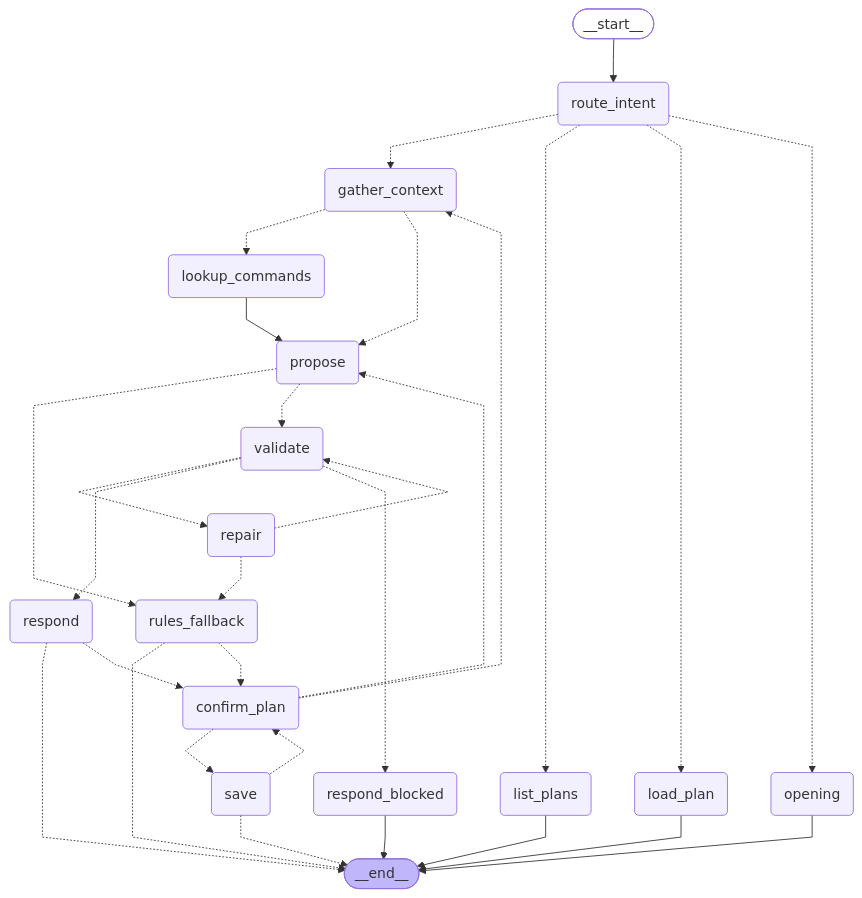
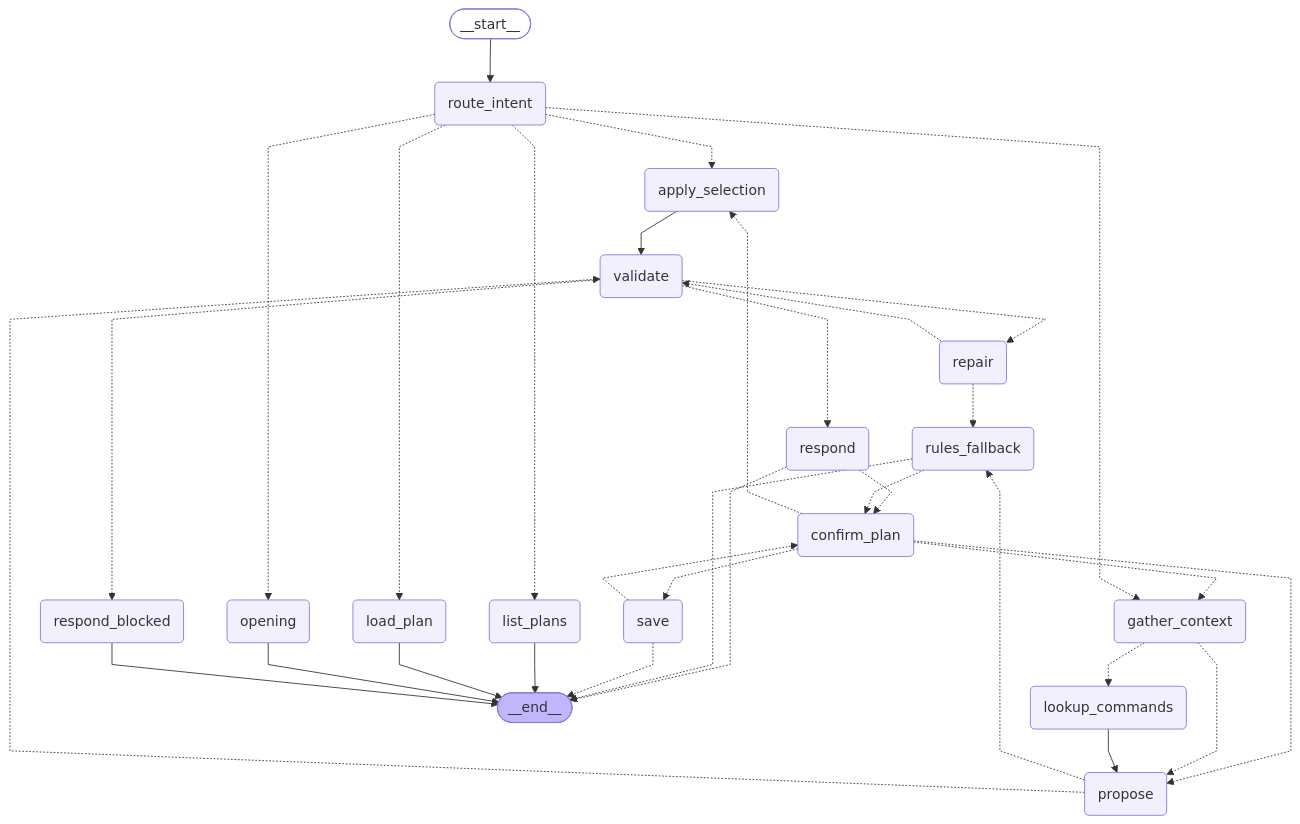
The diagram in docs/CHECKLIST.md (qifawu/netops-ai), drawn with Mermaid before and after one commit. The commit also changed other lines of this file and 17 other files, not shown here.

Commit message:
Inspection plan conversation: interactive picker bubbles for devices, schedule and checks, hint bubbles, deterministic selection step; README screenshots

````diff
--- a/docs/CHECKLIST.md
+++ b/docs/CHECKLIST.md
@@ -167,55 +180,59 @@
 ```mermaid
 ---
 config:
   flowchart:
     curve: linear
 ---
 graph TD;
 	__start__([<p>__start__</p>]):::first
 	route_intent(route_intent)
 	opening(opening)
 	list_plans(list_plans)
 	load_plan(load_plan)
 	gather_context(gather_context)
 	lookup_commands(lookup_commands)
 	propose(propose)
 	validate(validate)
 	repair(repair)
 	respond(respond)
 	respond_blocked(respond_blocked)
 	rules_fallback(rules_fallback)
 	save(save)
+	apply_selection(apply_selection)
 	confirm_plan(confirm_plan)
 	__end__([<p>__end__</p>]):::last
 	__start__ --> route_intent;
+	apply_selection --> validate;
+	confirm_plan -.-> apply_selection;
 	confirm_plan -.-> gather_context;
 	confirm_plan -.-> propose;
 	confirm_plan -.-> save;
 	gather_context -.-> lookup_commands;
 	gather_context -.-> propose;
 	lookup_commands --> propose;
 	propose -.-> rules_fallback;
 	propose -.-> validate;
 	repair -.-> rules_fallback;
 	repair -.-> validate;
 	respond -.-> __end__;
 	respond -.-> confirm_plan;
+	route_intent -.-> apply_selection;
 	route_intent -.-> gather_context;
 	route_intent -.-> list_plans;
 	route_intent -.-> load_plan;
 	route_intent -.-> opening;
 	rules_fallback -.-> __end__;
 	rules_fallback -.-> confirm_plan;
 	save -.-> __end__;
 	save -.-> confirm_plan;
 	validate -.-> repair;
 	validate -.-> respond;
 	validate -.-> respond_blocked;
 	list_plans --> __end__;
 	load_plan --> __end__;
 	opening --> __end__;
 	respond_blocked --> __end__;
 	classDef default fill:#f2f0ff,line-height:1.2
 	classDef first fill-opacity:0
 	classDef last fill:#bfb6fc
 ```
````
